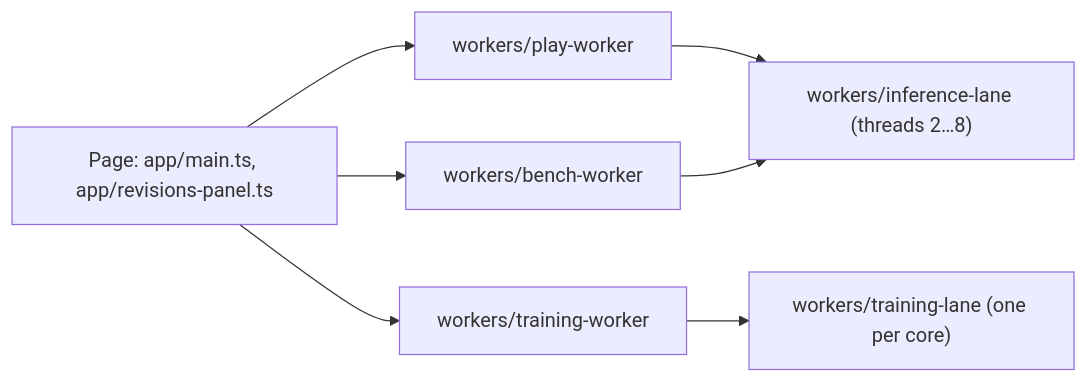
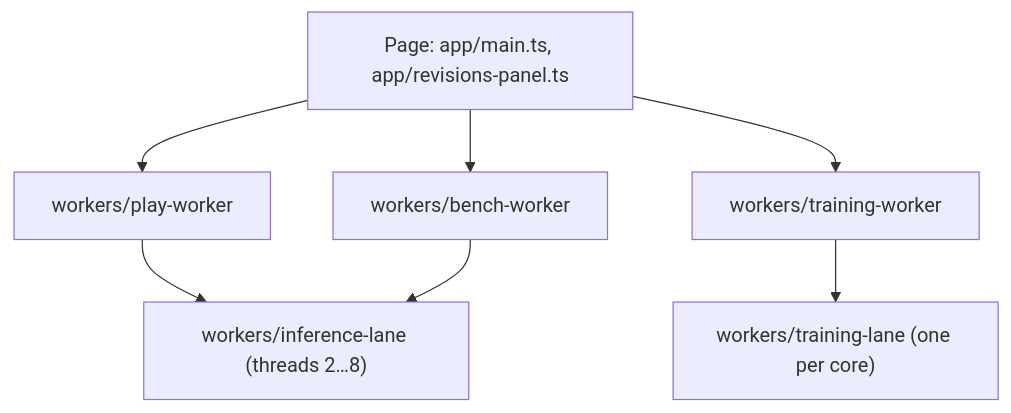
The diagram in ARCH.md (kyr0/evoweights), drawn with Mermaid before and after one commit. The commit also changed other lines of this file and 190 other files, not shown here.

````diff
--- a/ARCH.md
+++ b/ARCH.md
@@ -7,15 +7,15 @@
 ```mermaid
-flowchart LR
+flowchart TD
   page["Page: app/main.ts, app/revisions-panel.ts"]
   play["workers/play-worker"]
   bench["workers/bench-worker"]
   train["workers/training-worker"]
   lane["workers/training-lane (one per core)"]
   infer["workers/inference-lane (threads 2…8)"]
   page --> play
   page --> bench
   page --> train
   train --> lane
   play --> infer
   bench --> infer
 ```
````
